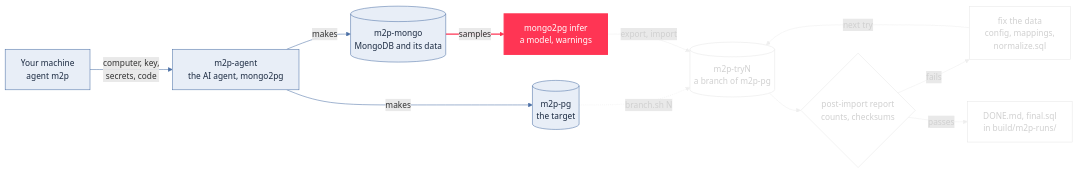
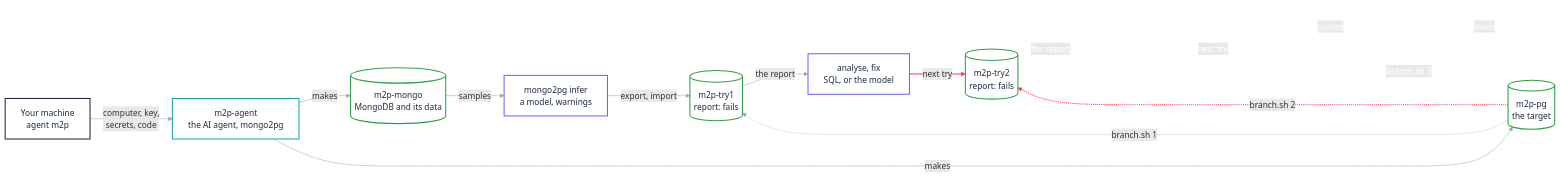
Before and after one commit to bertrandcedric/nevia-agent: the sixth of 17 diagrams in docs/presentation.md, drawn with Mermaid. The commit also changed other lines of this file and 7 other files, not shown here.

````diff
--- a/docs/presentation.md
+++ b/docs/presentation.md
@@ -217,38 +433,53 @@
 ```mermaid
 flowchart LR
     you["Your machine<br/>agent m2p"]
     agent["m2p-agent<br/>the AI agent, mongo2pg"]
     mongo[("m2p-mongo<br/>MongoDB and its data")]
     pg[("m2p-pg<br/>the target")]
     infer["mongo2pg infer<br/>a model, warnings"]
-    branch[("m2p-tryN<br/>a branch of m2p-pg")]
-    report{"post-import report<br/>counts, checksums"}
-    fix["fix the data<br/>config, mappings,<br/>normalize.sql"]
+    t1[("m2p-try1<br/>report: fails")]
+    f1["analyse, fix<br/>SQL, or the model"]
+    t2[("m2p-try2<br/>report: fails")]
+    f2["analyse, fix<br/>SQL, or the model"]
+    t3[("m2p-try3<br/>report: passes")]
     finish["DONE.md, final.sql<br/>in build/m2p-runs/"]
     you -->|"computer, key,<br/>secrets, code"| agent
     agent -->|"makes"| mongo
     agent -->|"makes"| pg
     mongo -->|"samples"| infer
-    pg -.->|"branch.sh N"| branch
-    infer -->|"export, import"| branch
-    branch --> report
-    report -->|"fails"| fix
-    fix -->|"next try"| branch
-    report -->|"passes"| finish
-    classDef now fill:#ff3554,stroke:#ff3554,color:#fff,stroke-width:2px
-    classDef done fill:#e8eef7,stroke:#4a6fa5,color:#1b2a41
-    classDef todo fill:#fff,stroke:#e6e6e6,color:#d0d0d0
-    class infer now
-    class you,agent,mongo,pg done
-    class branch,report,fix,finish todo
-    linkStyle 0 stroke:#4a6fa5
-    linkStyle 1 stroke:#4a6fa5
-    linkStyle 2 stroke:#4a6fa5
-    linkStyle 3 stroke:#ff3554,stroke-width:2px
-    linkStyle 4 stroke:#eeeeee,color:#d0d0d0
-    linkStyle 5 stroke:#eeeeee,color:#d0d0d0
-    linkStyle 6 stroke:#eeeeee,color:#d0d0d0
-    linkStyle 7 stroke:#eeeeee,color:#d0d0d0
-    linkStyle 8 stroke:#eeeeee,color:#d0d0d0
-    linkStyle 9 stroke:#eeeeee,color:#d0d0d0
+    infer -->|"export, import"| t1
+    pg -.->|"branch.sh 1"| t1
+    t1 -->|"the report"| f1
+    f1 -->|"next try"| t2
+    pg -.->|"branch.sh 2"| t2
+    t2 -->|"the report"| f2
+    f2 -->|"next try"| t3
+    pg -.->|"branch.sh 3"| t3
+    t3 -->|"passes"| finish
+    finish -->|"loads"| pg
+    classDef kyou fill:#fff,stroke:#1b2a41,color:#1b2a41,stroke-width:2px
+    classDef kcomputer fill:#fff,stroke:#1fa5a3,color:#1b2a41,stroke-width:2px
+    classDef kdb fill:#fff,stroke:#2e9e44,color:#1b2a41,stroke-width:2px
+    classDef kai fill:#fff,stroke:#6f64ff,color:#1b2a41,stroke-width:2px
+    classDef kresult fill:#fff,stroke:#e8833a,color:#1b2a41,stroke-width:2px
+    classDef todo fill:#fff,stroke:#fff,color:#fff
+    class you kyou
+    class agent kcomputer
+    class mongo,pg,t1,t2 kdb
+    class infer,f1 kai
+    class f2,t3,finish todo
+    linkStyle 0 stroke:#9aa5b8
+    linkStyle 1 stroke:#9aa5b8
+    linkStyle 2 stroke:#9aa5b8
+    linkStyle 3 stroke:#9aa5b8
+    linkStyle 4 stroke:#9aa5b8
+    linkStyle 5 stroke:#9aa5b8
+    linkStyle 6 stroke:#9aa5b8
+    linkStyle 7 stroke:#ff3554,stroke-width:2px
+    linkStyle 8 stroke:#ff3554,stroke-width:2px
+    linkStyle 9 stroke:#fff,color:#fff
+    linkStyle 10 stroke:#fff,color:#fff
+    linkStyle 11 stroke:#fff,color:#fff
+    linkStyle 12 stroke:#fff,color:#fff
+    linkStyle 13 stroke:#fff,color:#fff
 ```
````
